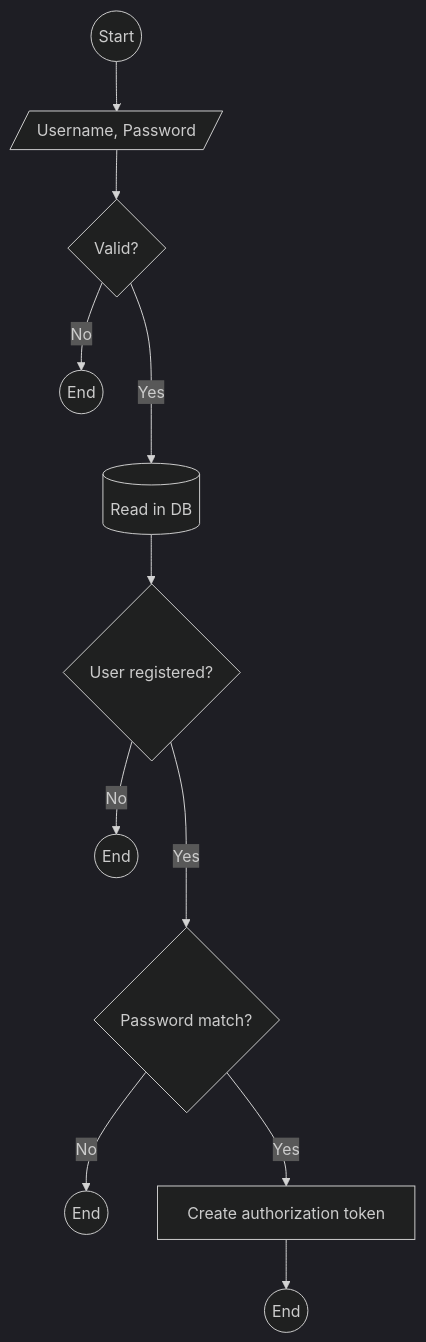
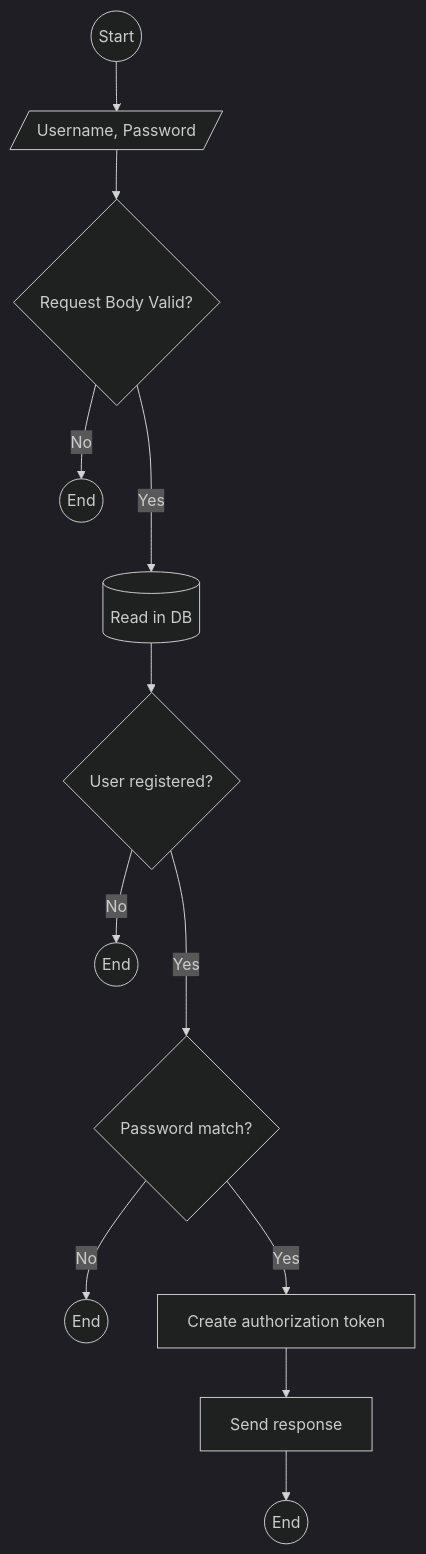
The second of 6 diagrams in README.md (madeindra/user-api-nodejs), drawn with Mermaid (dark theme) before and after one commit. The commit also changed other lines of this file, not shown here.

Commit message:
docs: add flowchaart for create, read, delete user

````diff
--- a/README.md
+++ b/README.md
@@ -127,13 +128,14 @@
 ```mermaid
 graph TD;
     A((Start)) --> B[/Username, Password/];
-    B --> C{Valid?}; 
+    B --> C{Request Body Valid?}; 
     C --> |No| D((End));
     C ---> |Yes| E[(Read in DB)];
     E --> F{User registered?};
     F --> |No| G((End));
     F ---> |Yes| H{Password match?}
     H --> |No| I((End));
     H --> |Yes| J[Create authorization token]
-    J --> K((End))
+    J --> K[Send response]
+    K --> L((End))
 ```
````
